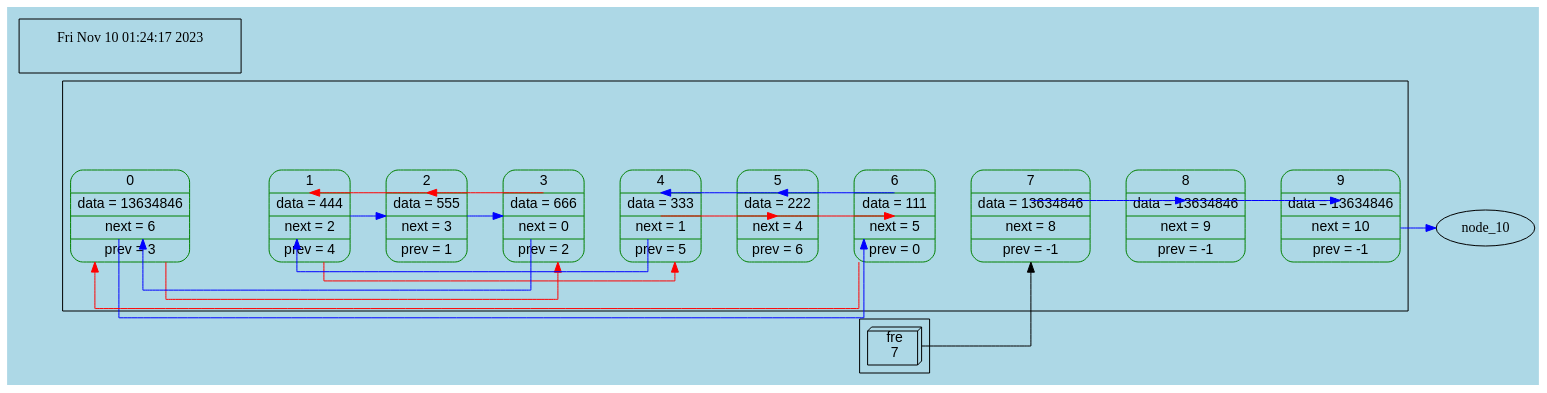
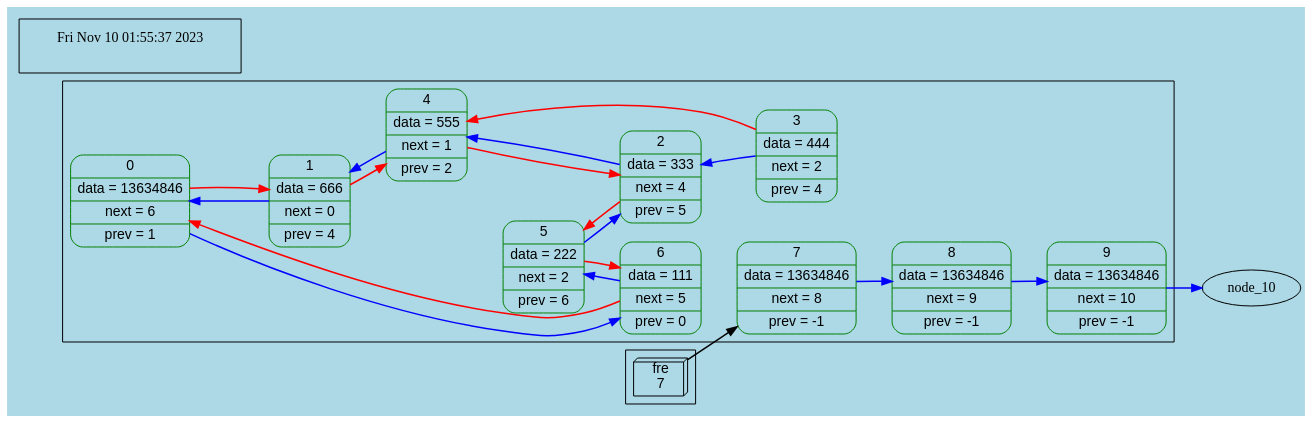
Before and after one commit to UjeNeTORT/HashFriendlyList: the diagram in graph.dot, drawn with Graphviz. The commit also changed 4 other files, not shown here.

```diff
--- a/graph.dot
+++ b/graph.dot
@@ -1,72 +1,72 @@
 digraph list_1681692777 {
 rankdir = LR
-	splines = ortho;
+	edge[minlen = 1.5, penwidth = 1.5];
 subgraph cluster_nodes_846930886 {
     node_0 [fontname="Helvetica, Arial, sans-serif"style=rounded
 color = green
- shape = record, label = " 0 | data = 13634846 | <fnext> next = 6 | <fprev> prev = 3 "];
+ shape = record, label = " 0 | data = 13634846 | <fnext> next = 6 | <fprev> prev = 1 "];
     node_1 [fontname="Helvetica, Arial, sans-serif"style=rounded
 color = green
- shape = record, label = " 1 | data = 444 | <fnext> next = 2 | <fprev> prev = 4 "];
+ shape = record, label = " 1 | data = 666 | <fnext> next = 0 | <fprev> prev = 4 "];
     node_2 [fontname="Helvetica, Arial, sans-serif"style=rounded
 color = green
- shape = record, label = " 2 | data = 555 | <fnext> next = 3 | <fprev> prev = 1 "];
+ shape = record, label = " 2 | data = 333 | <fnext> next = 4 | <fprev> prev = 5 "];
     node_3 [fontname="Helvetica, Arial, sans-serif"style=rounded
 color = green
- shape = record, label = " 3 | data = 666 | <fnext> next = 0 | <fprev> prev = 2 "];
+ shape = record, label = " 3 | data = 444 | <fnext> next = 2 | <fprev> prev = 4 "];
     node_4 [fontname="Helvetica, Arial, sans-serif"style=rounded
 color = green
- shape = record, label = " 4 | data = 333 | <fnext> next = 1 | <fprev> prev = 5 "];
+ shape = record, label = " 4 | data = 555 | <fnext> next = 1 | <fprev> prev = 2 "];
     node_5 [fontname="Helvetica, Arial, sans-serif"style=rounded
 color = green
- shape = record, label = " 5 | data = 222 | <fnext> next = 4 | <fprev> prev = 6 "];
+ shape = record, label = " 5 | data = 222 | <fnext> next = 2 | <fprev> prev = 6 "];
     node_6 [fontname="Helvetica, Arial, sans-serif"style=rounded
 color = green
  shape = record, label = " 6 | data = 111 | <fnext> next = 5 | <fprev> prev = 0 "];
     node_7 [fontname="Helvetica, Arial, sans-serif"style=rounded
 color = green
  shape = record, label = " 7 | data = 13634846 | <fnext> next = 8 | <fprev> prev = -1 "];
     node_8 [fontname="Helvetica, Arial, sans-serif"style=rounded
 color = green
  shape = record, label = " 8 | data = 13634846 | <fnext> next = 9 | <fprev> prev = -1 "];
     node_9 [fontname="Helvetica, Arial, sans-serif"style=rounded
 color = green
  shape = record, label = " 9 | data = 13634846 | <fnext> next = 10 | <fprev> prev = -1 "];
 }
 val_fre -> node_7;
 	node_0 -> node_1[weight = 100, style = invis];
  	node_1 -> node_2[weight = 100, style = invis];
  	node_2 -> node_3[weight = 100, style = invis];
  	node_3 -> node_4[weight = 100, style = invis];
  	node_4 -> node_5[weight = 100, style = invis];
  	node_5 -> node_6[weight = 100, style = invis];
  	node_6 -> node_7[weight = 100, style = invis];
  	node_7 -> node_8[weight = 100, style = invis];
  	node_8 -> node_9[weight = 100, style = invis];
- node_0: <fnext> -> node_6: <fnext> [color = blue];
-node_1: <fnext> -> node_2: <fnext> [color = blue];
-node_2: <fnext> -> node_3: <fnext> [color = blue];
-node_3: <fnext> -> node_0: <fnext> [color = blue];
-node_4: <fnext> -> node_1: <fnext> [color = blue];
-node_5: <fnext> -> node_4: <fnext> [color = blue];
-node_6: <fnext> -> node_5: <fnext> [color = blue];
-node_7: <fnext> -> node_8: <fnext> [color = blue];
-node_8: <fnext> -> node_9: <fnext> [color = blue];
-node_9: <fnext> -> node_10: <fnext> [color = blue];
-node_0: <fprev> -> node_3: <fprev> [color = red];
-node_1: <fprev> -> node_4: <fprev> [color = red];
-node_2: <fprev> -> node_1: <fprev> [color = red];
-node_3: <fprev> -> node_2: <fprev> [color = red];
-node_4: <fprev> -> node_5: <fprev> [color = red];
-node_5: <fprev> -> node_6: <fprev> [color = red];
-node_6: <fprev> -> node_0: <fprev> [color = red];
+ node_0 -> node_6  [color = blue];
+node_1 -> node_0  [color = blue];
+node_2 -> node_4  [color = blue];
+node_3 -> node_2  [color = blue];
+node_4 -> node_1  [color = blue];
+node_5 -> node_2  [color = blue];
+node_6 -> node_5  [color = blue];
+node_7 -> node_8  [color = blue];
+node_8 -> node_9  [color = blue];
+node_9 -> node_10  [color = blue];
+node_0 -> node_1  [color = red];
+node_1 -> node_4  [color = red];
+node_2 -> node_5  [color = red];
+node_3 -> node_4  [color = red];
+node_4 -> node_2  [color = red];
+node_5 -> node_6  [color = red];
+node_6 -> node_0  [color = red];
 subgraph cluster_val {
      val_fre  [ shape = box3d, fontname="Helvetica, Arial, sans-serif", label = " fre
 7 "];
 }
 bgcolor="lightblue"
 subgraph cluster_add_info_1804289383{
-node_add_info [shape = plaintext, label = " Fri Nov 10 01:24:17 2023
+node_add_info [shape = plaintext, label = " Fri Nov 10 01:55:37 2023
  "];
 }
 }
```
